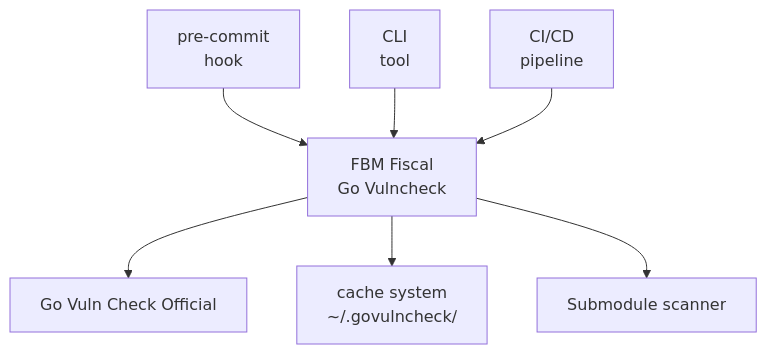
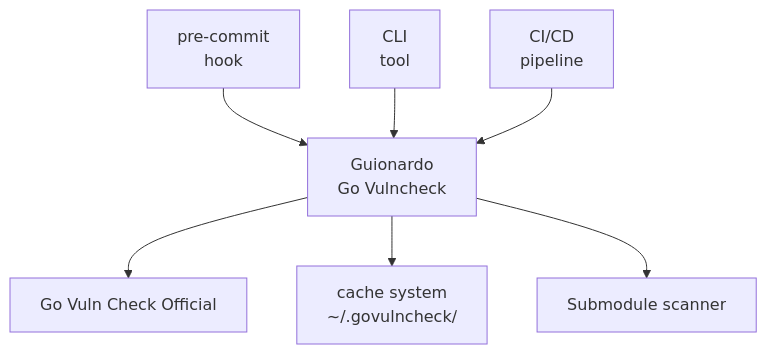
One commit to guionardo/govuln changed the diagram in README.md. Above: the diagram before and after it, drawn with Mermaid. The commit also changed other lines of this file, not shown here.

````diff
--- a/README.md
+++ b/README.md
@@ -117,26 +117,26 @@
 ```mermaid
 flowchart
 
 pch["pre-commit
 hook"]
 cli["CLI
 tool"]
 cicd["CI/CD
 pipeline"]
 
-gvn["FBM Fiscal
+gvn["Guionardo
 Go Vulncheck"]
 
 pch --> gvn
 cli --> gvn
 cicd --> gvn
 
 gvco[Go Vuln Check Official]
 cache["cache system
 ~/.govulncheck/"]
 subscan[Submodule scanner]
 
 gvn --> gvco
 gvn --> cache
 gvn --> subscan
 ```
````
